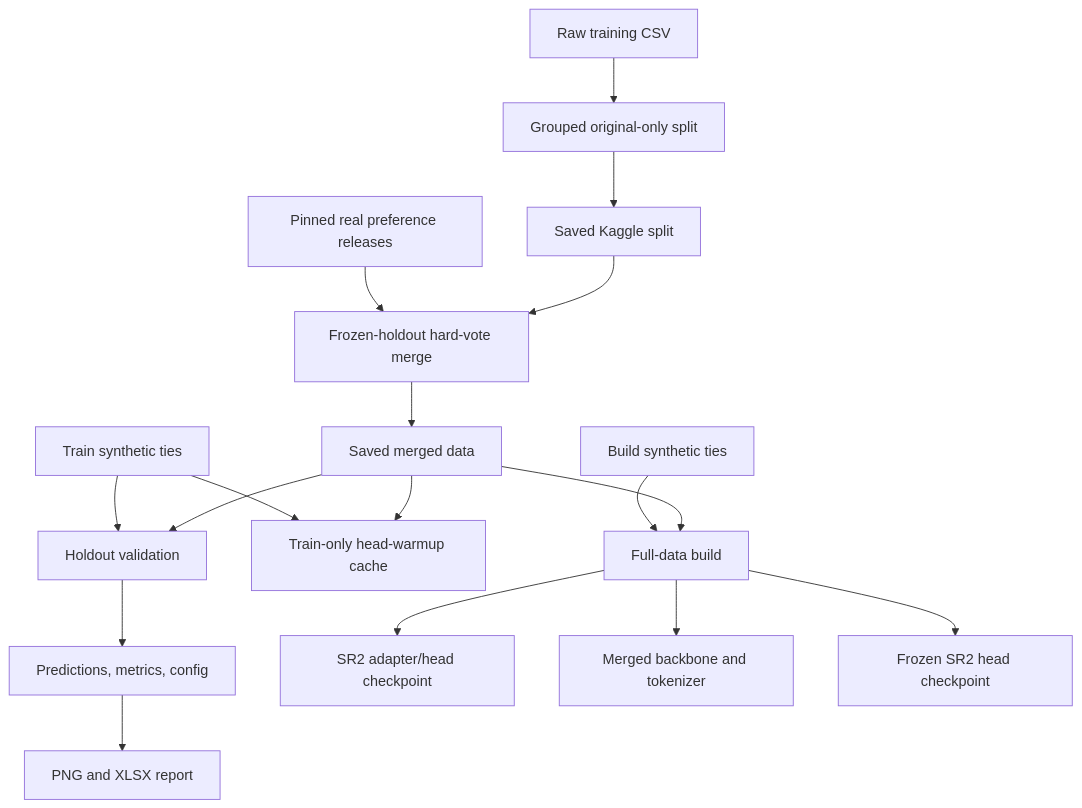
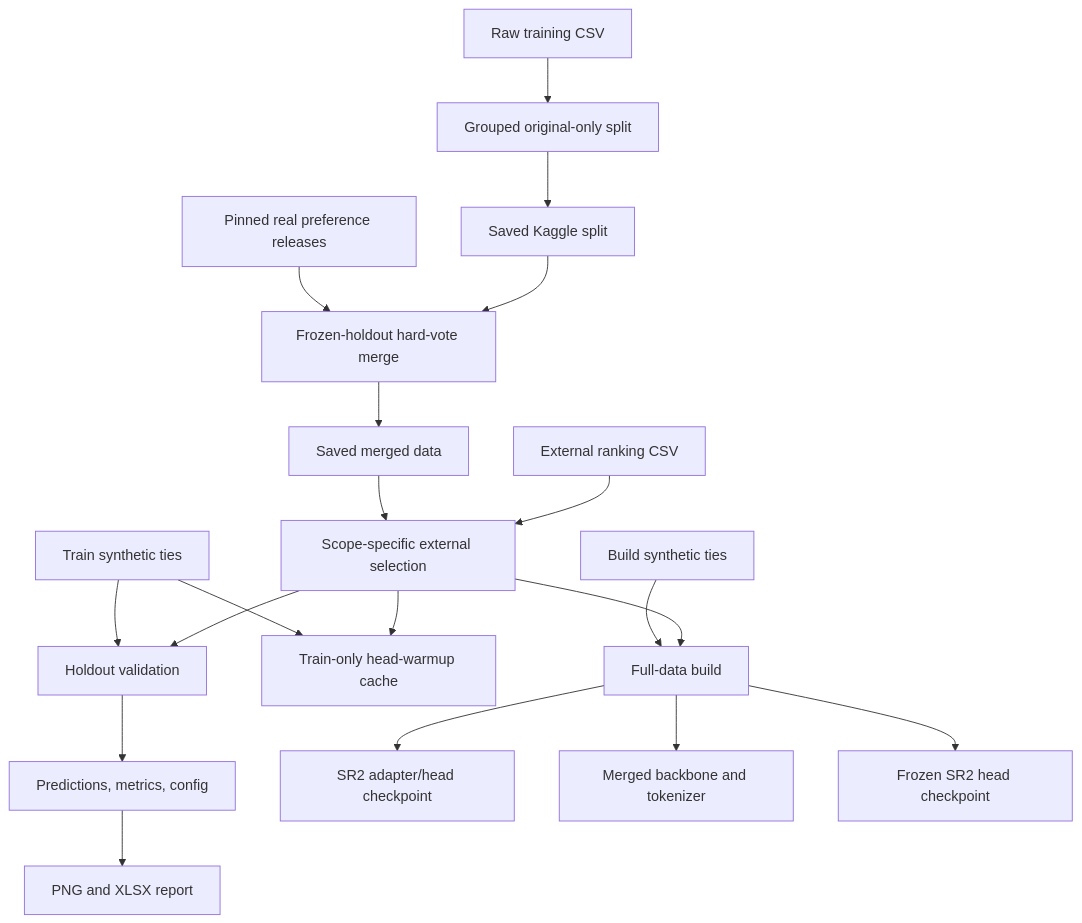
The diagram in structure.md (7evenDeadlySins/llm-classification-finetuning), drawn with Mermaid before and after one commit. The commit also changed other lines of this file and 24 other files, not shown here.

````diff
--- a/structure.md
+++ b/structure.md
@@ -26,19 +26,21 @@
 ```mermaid
 flowchart TD
     Raw["Raw training CSV"] --> Prep["Grouped original-only split"]
     Prep --> Saved["Saved Kaggle split"]
     Saved --> Merge["Frozen-holdout hard-vote merge"]
     External["Pinned real preference releases"] --> Merge
     Merge --> Data["Saved merged data"]
-    Data --> Validate["Holdout validation"]
-    Data --> Warmup["Train-only head-warmup cache"]
-    Data --> Build["Full-data build"]
+    Ranking["External ranking CSV"] --> Selection["Scope-specific external selection"]
+    Data --> Selection
+    Selection --> Validate["Holdout validation"]
+    Selection --> Warmup["Train-only head-warmup cache"]
+    Selection --> Build["Full-data build"]
     TrainTies["Train synthetic ties"] --> Validate
     TrainTies --> Warmup
     BuildTies["Build synthetic ties"] --> Build
     Validate --> Run["Predictions, metrics, config"]
     Run --> Report["PNG and XLSX report"]
     Build --> Checkpoint["SR2 adapter/head checkpoint"]
     Build --> Merged["Merged backbone and tokenizer"]
     Build --> Head["Frozen SR2 head checkpoint"]
 ```
````
